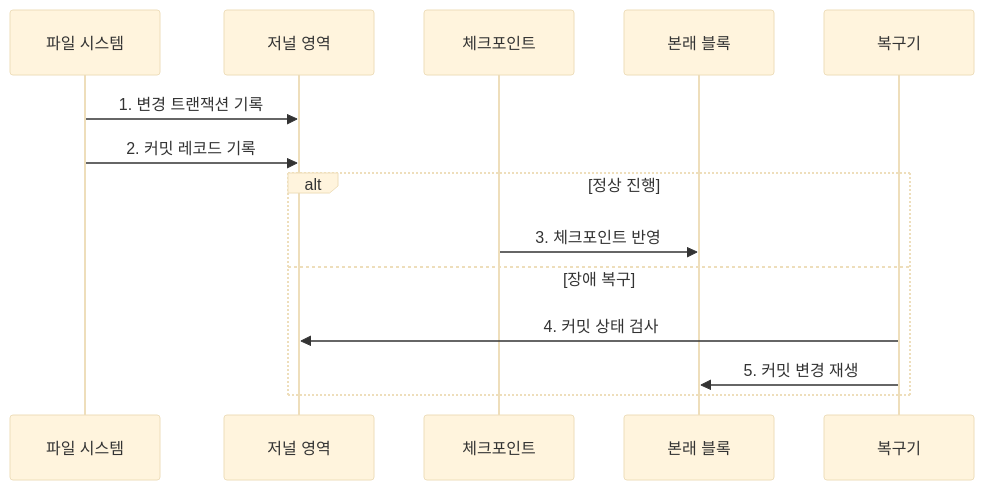
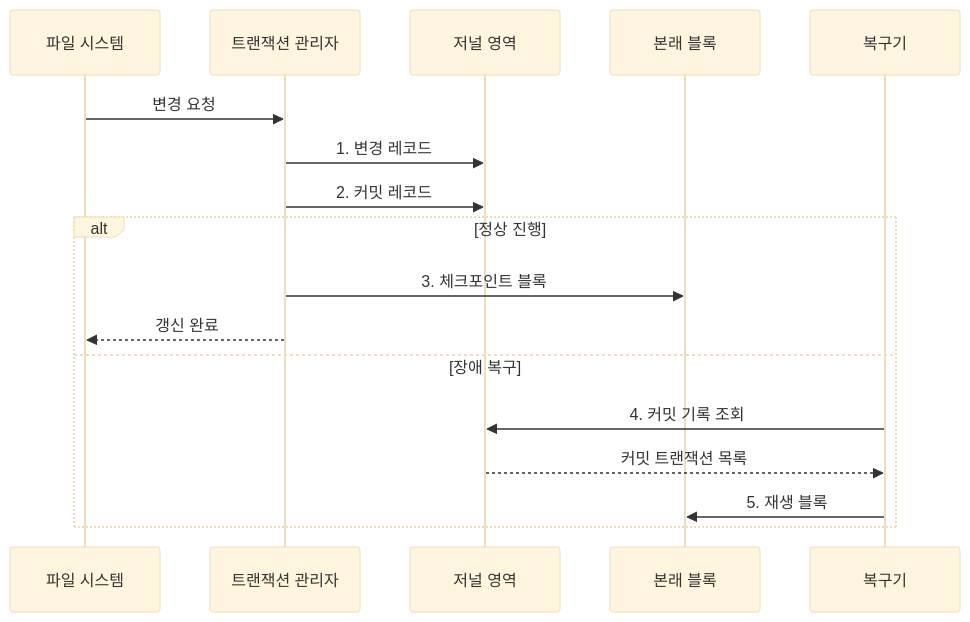
The second of 2 diagrams in src/content/docs/notes/03-software/021_file_system_journaling.md (agnusdei1207/knowledge-base), drawn with Mermaid (base theme) before and after one commit. The commit also changed other lines of this file and 20 other files, not shown here.

````diff
--- a/src/content/docs/notes/03-software/021_file_system_journaling.md
+++ b/src/content/docs/notes/03-software/021_file_system_journaling.md
@@ -88,16 +96,19 @@
 ```mermaid
 sequenceDiagram
     participant F as 파일 시스템
+    participant T as 트랜잭션 관리자
     participant J as 저널 영역
-    participant K as 체크포인트
     participant H as 본래 블록
     participant R as 복구기
-    F->>J: 1. 변경 트랜잭션 기록
-    F->>J: 2. 커밋 레코드 기록
+    F->>T: 변경 요청
+    T->>J: 1. 변경 레코드
+    T->>J: 2. 커밋 레코드
     alt 정상 진행
-        K->>H: 3. 체크포인트 반영
+        T->>H: 3. 체크포인트 블록
+        T-->>F: 갱신 완료
     else 장애 복구
-        R->>J: 4. 커밋 상태 검사
-        R->>H: 5. 커밋 변경 재생
+        R->>J: 4. 커밋 기록 조회
+        J-->>R: 커밋 트랜잭션 목록
+        R->>H: 5. 재생 블록
     end
 ```
````
